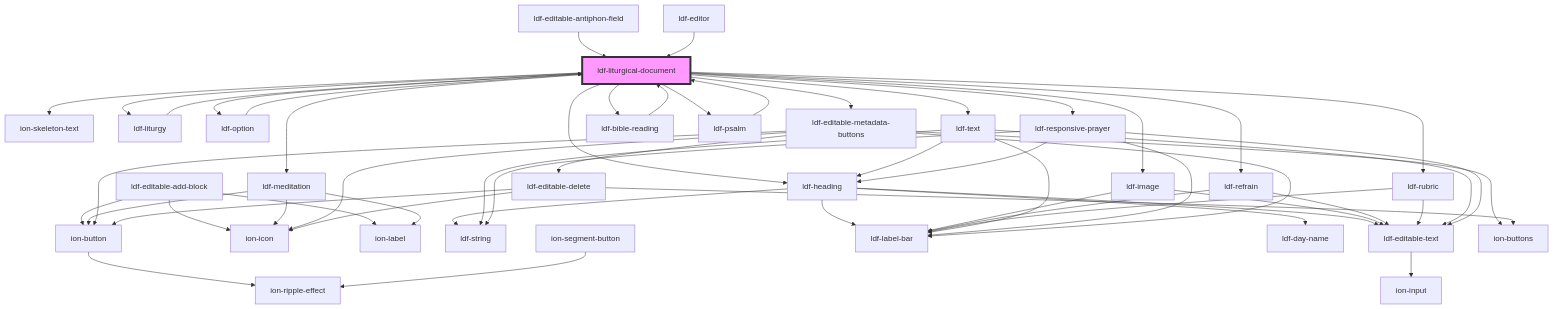
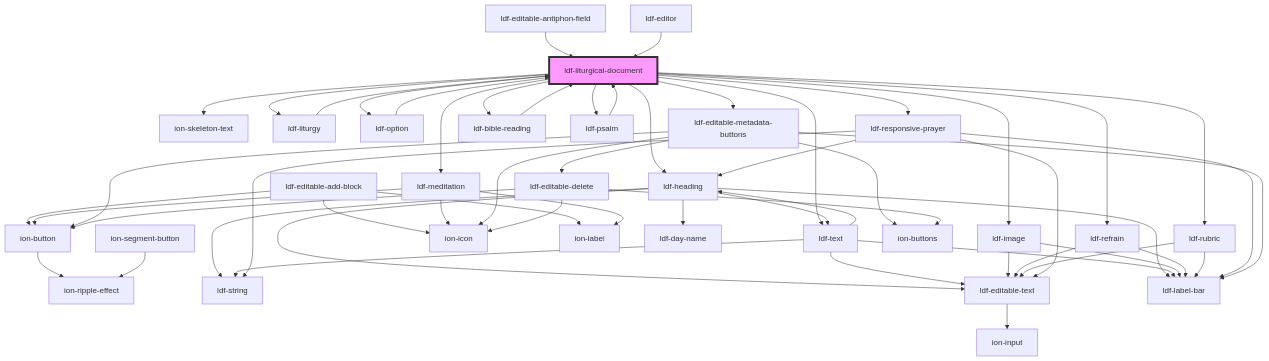
Before and after one commit to gbj/venite: the diagram in components/src/components/liturgical-document/readme.md, drawn with Mermaid. The commit also changed 22 other files, not shown here.

````diff
--- a/components/src/components/liturgical-document/readme.md
+++ b/components/src/components/liturgical-document/readme.md
@@ -56,58 +56,59 @@
 ```mermaid
 graph TD;
   ldf-liturgical-document --> ion-skeleton-text
   ldf-liturgical-document --> ldf-liturgy
   ldf-liturgical-document --> ldf-heading
   ldf-liturgical-document --> ldf-image
   ldf-liturgical-document --> ldf-meditation
   ldf-liturgical-document --> ldf-option
   ldf-liturgical-document --> ldf-refrain
   ldf-liturgical-document --> ldf-rubric
   ldf-liturgical-document --> ldf-text
   ldf-liturgical-document --> ldf-responsive-prayer
   ldf-liturgical-document --> ldf-bible-reading
   ldf-liturgical-document --> ldf-psalm
   ldf-liturgical-document --> ldf-editable-metadata-buttons
   ldf-liturgy --> ldf-liturgical-document
   ldf-editable-add-block --> ion-button
   ldf-editable-add-block --> ion-icon
   ldf-editable-add-block --> ion-label
   ion-button --> ion-ripple-effect
   ldf-heading --> ldf-string
   ldf-heading --> ldf-editable-text
   ldf-heading --> ldf-label-bar
   ldf-heading --> ldf-day-name
+  ldf-heading --> ldf-text
   ldf-editable-text --> ion-input
+  ldf-text --> ldf-label-bar
+  ldf-text --> ldf-heading
+  ldf-text --> ldf-editable-text
+  ldf-text --> ldf-string
   ldf-image --> ldf-label-bar
   ldf-image --> ldf-editable-text
   ldf-meditation --> ion-button
   ldf-meditation --> ion-icon
   ldf-meditation --> ion-label
   ldf-option --> ldf-liturgical-document
   ion-segment-button --> ion-ripple-effect
   ldf-refrain --> ldf-label-bar
   ldf-refrain --> ldf-editable-text
   ldf-rubric --> ldf-label-bar
   ldf-rubric --> ldf-editable-text
-  ldf-text --> ldf-label-bar
-  ldf-text --> ldf-heading
-  ldf-text --> ldf-editable-text
-  ldf-text --> ldf-string
   ldf-responsive-prayer --> ldf-editable-text
   ldf-responsive-prayer --> ldf-string
   ldf-responsive-prayer --> ldf-label-bar
   ldf-responsive-prayer --> ldf-heading
   ldf-bible-reading --> ldf-liturgical-document
   ldf-psalm --> ldf-liturgical-document
   ldf-editable-metadata-buttons --> ldf-label-bar
   ldf-editable-metadata-buttons --> ion-buttons
   ldf-editable-metadata-buttons --> ion-button
   ldf-editable-metadata-buttons --> ion-icon
   ldf-editable-metadata-buttons --> ldf-editable-delete
   ldf-editable-delete --> ion-buttons
   ldf-editable-delete --> ion-button
   ldf-editable-delete --> ion-icon
   ldf-editable-antiphon-field --> ldf-liturgical-document
   ldf-editor --> ldf-liturgical-document
   style ldf-liturgical-document fill:#f9f,stroke:#333,stroke-width:4px
 ```
````
